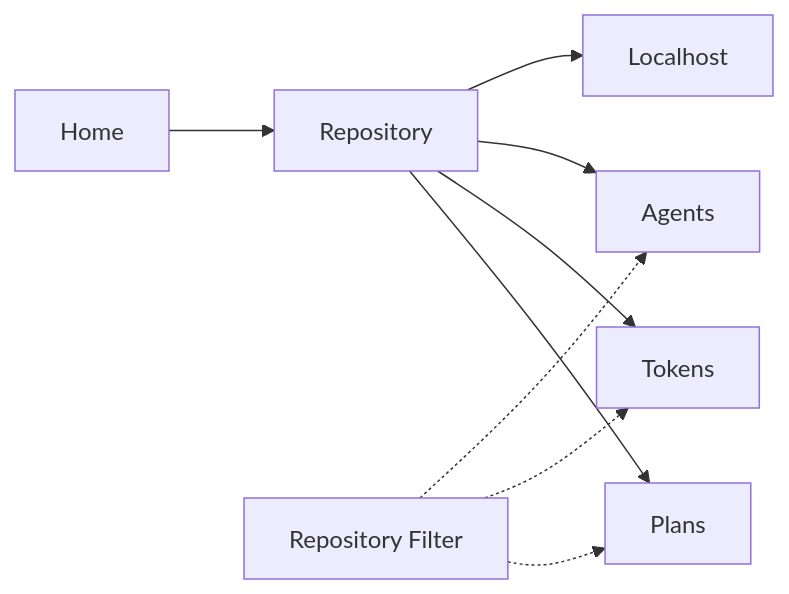
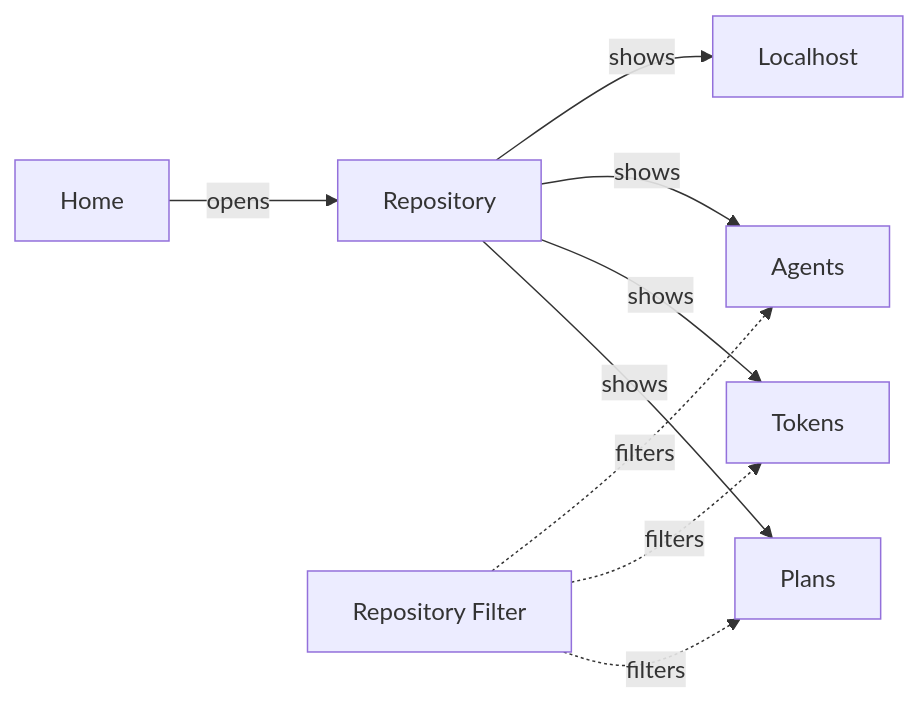
Before and after one commit to kirinmurphy/roborepo: the second of 6 diagrams in README.md, drawn with Mermaid. The commit also changed other lines of this file and 35 other files, not shown here.

````diff
--- a/README.md
+++ b/README.md
@@ -103,13 +93,13 @@
 ```mermaid
 flowchart LR
-  Home["Home"] --> Repo["Repository"]
+  Home["Home"] -->|opens| Repo["Repository"]
 
-  Repo --> R1["Plans"]
-  Repo --> R2["Tokens"]
-  Repo --> R3["Agents"]
-  Repo --> R4["Localhost"]
+  Repo -->|shows| R1["Plans"]
+  Repo -->|shows| R2["Tokens"]
+  Repo -->|shows| R3["Agents"]
+  Repo -->|shows| R4["Localhost"]
 
-  Scope["Repository Filter"] -.-> R1
-  Scope -.-> R2
-  Scope -.-> R3
+  Scope["Repository Filter"] -.->|filters| R1
+  Scope -.->|filters| R2
+  Scope -.->|filters| R3
 ```
````
